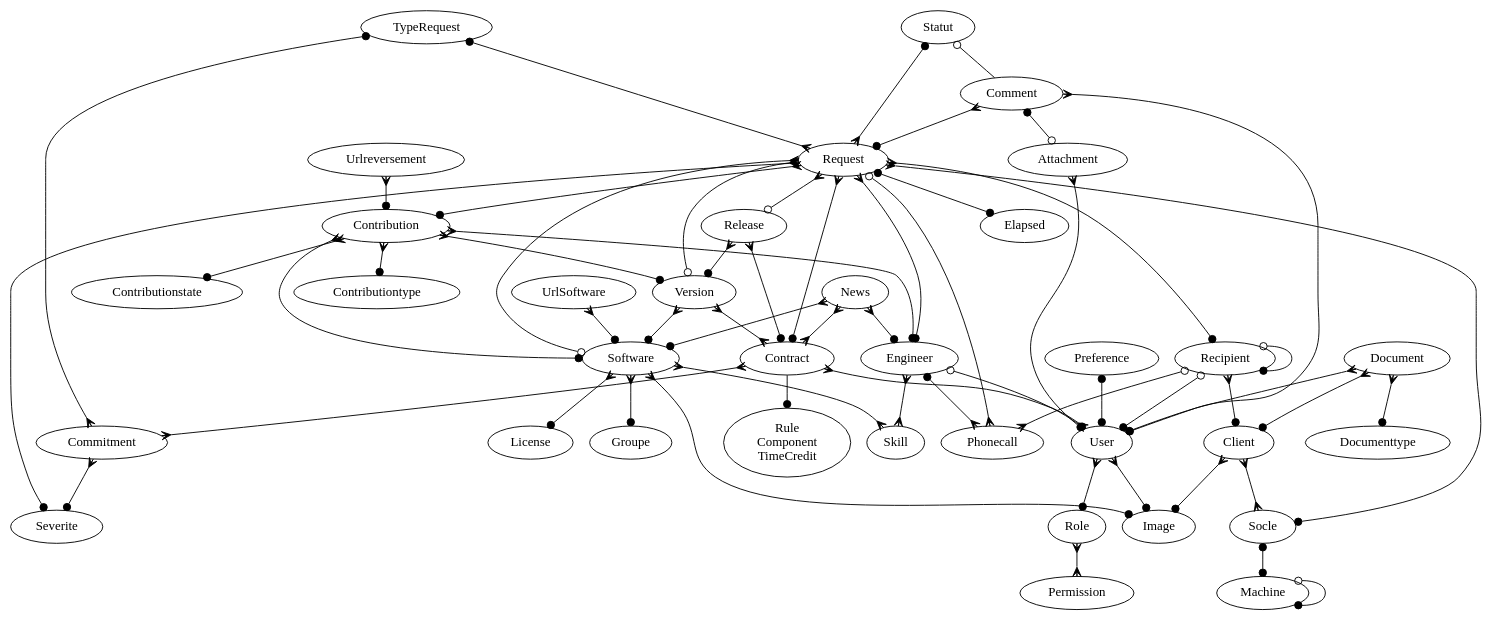
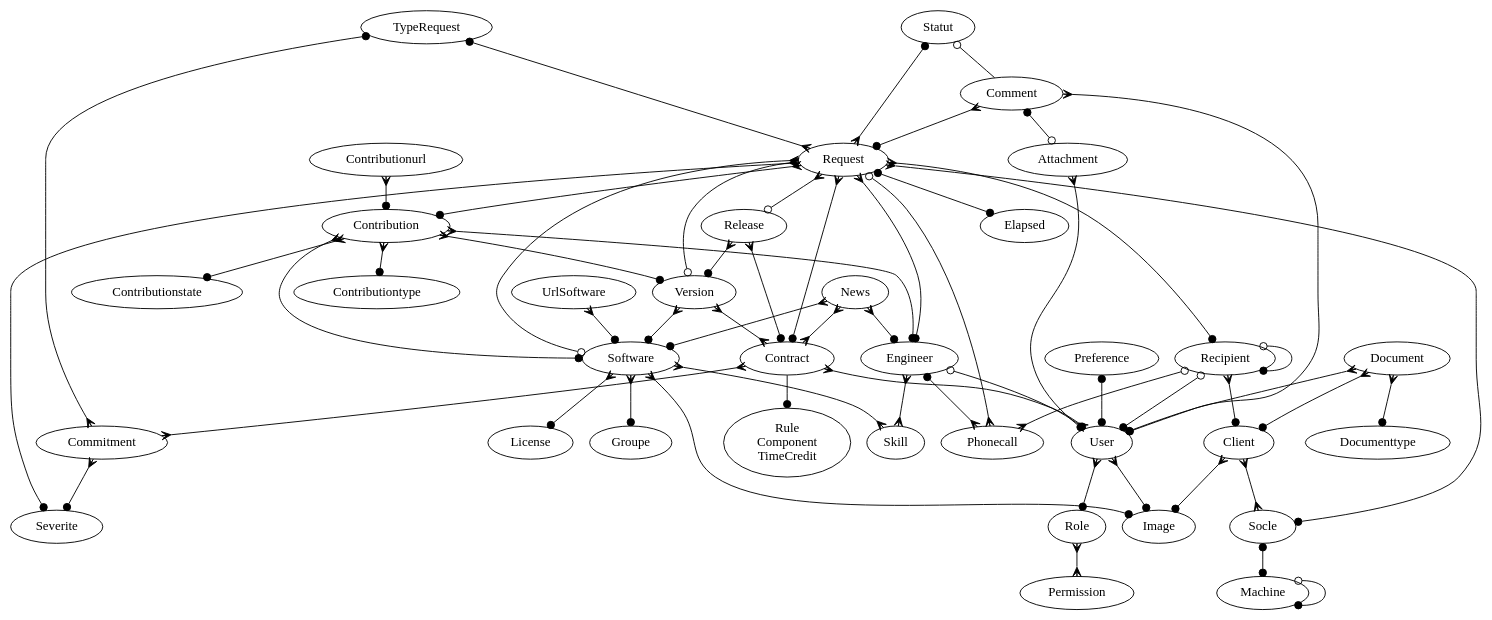
Before and after one commit to trivoallan/tosca: the diagram in doc/data_model.dot, drawn with Graphviz. The commit also changed 26 other files, not shown here.

```diff
--- a/doc/data_model.dot
+++ b/doc/data_model.dot
@@ -1,82 +1,82 @@
 digraph x {
 
 //rotate=90;
 {rank=min; Statut TypeRequest Statut }
 
 Rule [label="Rule\nComponent\nTimeCredit"]
 
 Recipient -> User [arrowhead=dot,arrowtail=odot,dir=both]
 Recipient -> Phonecall [arrowhead=crow,arrowtail=odot,dir=both]
 Recipient -> Client [arrowhead=dot,dir=both,arrowtail=crow]
 Recipient -> Recipient [arrowhead=dot,arrowtail=odot,dir=both]
 
 Client -> Image [arrowhead=dot,dir=both,arrowtail=crow]
 Client -> Socle [arrowhead=crow,dir=both,arrowtail=crow]
 
 Comment -> Request [arrowhead=dot,dir=both,arrowtail=crow]
 Comment -> User [arrowhead=dot,dir=both,arrowtail=crow]
 Comment -> Attachment [arrowhead=odot,dir=both,arrowtail=dot]
 Comment -> Statut [arrowhead=odot]
 
 Contract -> User [arrowhead=crow,dir=both,arrowtail=crow]
 Contract -> Commitment [arrowhead=crow,arrowtail=crow,dir=both]
 Contract -> Rule [arrowhead=dot,arrowtail=crow]
 
 User -> Image [arrowhead=dot,dir=both,arrowtail=crow]
 User -> Role [arrowhead=dot,arrowtail=crow,dir=both]
 Engineer -> Skill [arrowhead=crow,arrowtail=crow,dir=both]
 Engineer -> User [arrowhead=dot,arrowtail=odot,dir=both]
 Engineer -> Phonecall [arrowhead=crow,dir=both,arrowtail=dot]
 
 News -> Engineer [arrowhead=dot,dir=both,arrowtail=crow]
 News -> Contract [arrowhead=crow,dir=both,arrowtail=crow]
 News -> Software [arrowhead=dot,dir=both,arrowtail=crow]
 
 Request -> TypeRequest [arrowhead=dot,dir=both,arrowtail=crow]
 Request -> Elapsed [arrowhead=dot,dir=both,arrowtail=dot]
 Request -> Severite [arrowhead=dot,dir=both,arrowtail=crow]
 Request -> Recipient [arrowhead=dot,dir=both,arrowtail=crow]
 Request -> Socle [arrowhead=dot,dir=both,arrowtail=crow]
 Request -> Contribution [arrowhead=dot,dir=both,arrowtail=crow]
 Request -> Contract [arrowhead=dot,dir=both,arrowtail=crow]
 Request -> Statut [arrowhead=dot,dir=both,arrowtail=crow]
 Request -> Engineer [arrowhead=dot,dir=both,arrowtail=crow]
 Request -> Phonecall [arrowhead=crow,arrowtail=odot,dir=both]
 Request -> Software [arrowhead=odot,dir=both,arrowtail=crow]
 Request -> Release [arrowhead=odot,dir=both,arrowtail=crow]
 Request -> Version [arrowhead=odot,dir=both,arrowtail=crow]
 
 Software -> Skill [arrowhead=crow,arrowtail=crow,dir=both]
 Software -> License [arrowhead=dot,dir=both,arrowtail=crow]
 Software -> Groupe [arrowhead=dot,dir=both,arrowtail=crow]
 Software -> Image [arrowhead=dot,dir=both,arrowtail=crow]
 
 
 Version -> Software [arrowhead=dot,dir=both,arrowtail=crow]
 Version -> Contract [arrowhead=crow,dir=both,arrowtail=crow]
 
 Release -> Contract [arrowhead=dot,dir=both,arrowtail=crow]
 Release -> Version [arrowhead=dot,dir=both,arrowtail=crow]
 
 
 Preference -> User [arrowhead=dot,arrowtail=dot,dir=both]
 Socle -> Machine [arrowhead=dot,dir=both,arrowtail=dot]
 Machine -> Machine [arrowhead=dot,dir=both,arrowtail=odot]
 UrlSoftware -> Software [arrowhead=dot,dir=both,arrowtail=crow]
 Commitment -> Severite [arrowhead=dot,dir=both,arrowtail=crow]
 Commitment -> TypeRequest [arrowhead=dot,dir=both,arrowtail=crow]
 Role -> Permission [arrowhead=crow,arrowtail=crow,dir=both]
-Urlreversement -> Contribution [arrowhead=dot,dir=both,arrowtail=crow]
+Contributionurl -> Contribution [arrowhead=dot,dir=both,arrowtail=crow]
 
 Contribution -> Contributionstate [arrowhead=dot,dir=both,arrowtail=crow]
 Contribution -> Contributiontype [arrowhead=dot,dir=both,arrowtail=crow]
 Contribution -> Software [arrowhead=dot,dir=both,arrowtail=crow]
 Contribution -> Version [arrowhead=dot,arrowtail=crow,dir=both]
 Contribution -> Engineer [arrowhead=dot,dir=both,arrowtail=crow]
 Attachment -> User [arrowtail=crow,dir=both,arrowhead=dot]
 Document -> Client [arrowhead=dot,dir=both,arrowtail=crow]
 Document -> Documenttype [arrowhead=dot,dir=both,arrowtail=crow]
 Document -> User [arrowhead=dot,dir=both,arrowtail=crow]
 
 
 }
```
